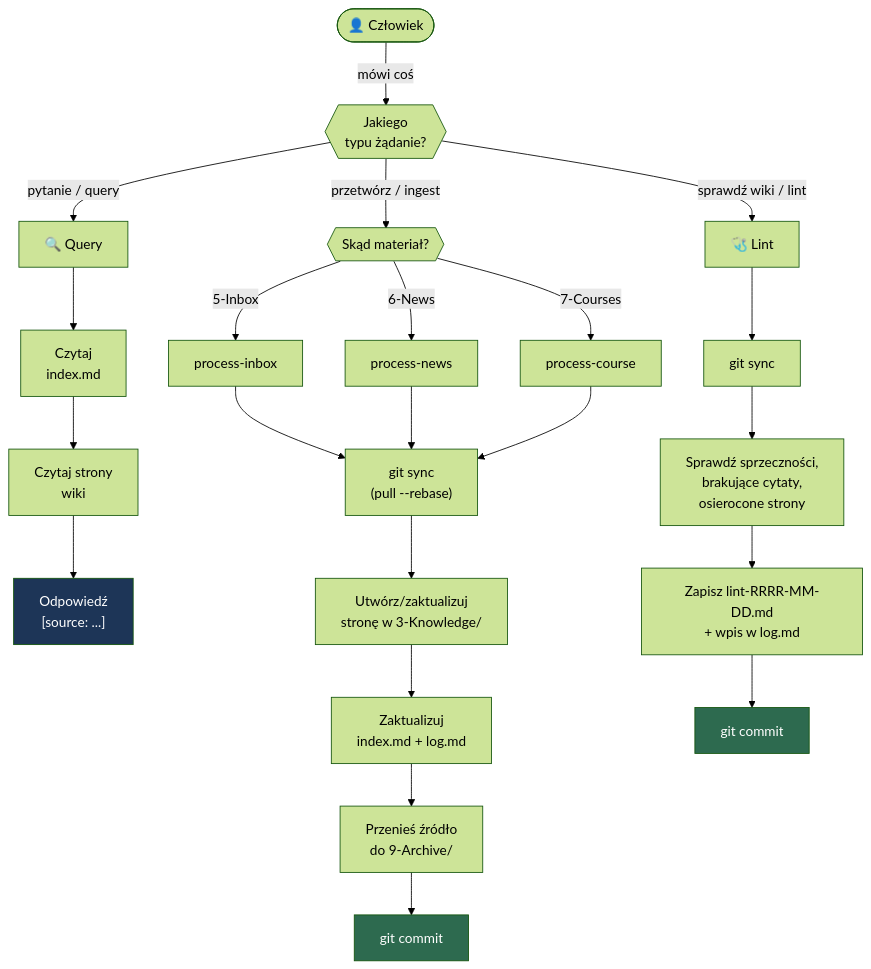
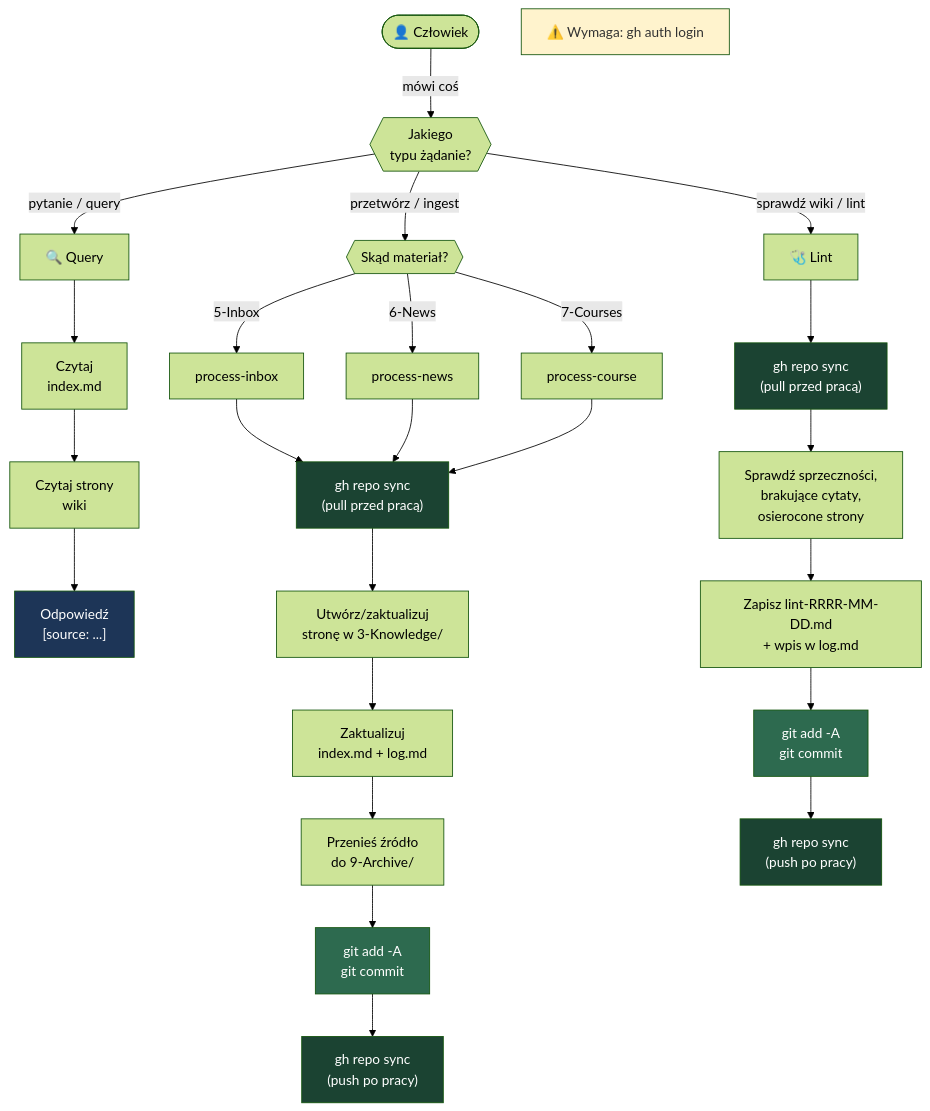
One commit to lukasikgrzegorz/2nd-brain changed the second of 3 diagrams in 0-System/architecture-diagrams.md. Above: the diagram before and after it, drawn with Mermaid (forest theme). The commit also changed other lines of this file and 3 other files, not shown here.

````diff
--- a/0-System/architecture-diagrams.md
+++ b/0-System/architecture-diagrams.md
@@ -37,33 +37,42 @@
 ```mermaid
 flowchart TD
     Human(["👤 Człowiek"])
 
     Human -->|"mówi coś"| Router{{"Jakiego\ntypu żądanie?"}}
 
     Router -->|"pytanie / query"| Q["🔍 Query"]
     Router -->|"przetwórz / ingest"| TypeCheck{{"Skąd materiał?"}}
     Router -->|"sprawdź wiki / lint"| L["🩺 Lint"]
 
     TypeCheck -->|"5-Inbox"| PI["process-inbox"]
     TypeCheck -->|"6-News"| PN["process-news"]
     TypeCheck -->|"7-Courses"| PC["process-course"]
 
     Q --> ReadIdx["Czytaj\nindex.md"]
     ReadIdx --> ReadPages["Czytaj strony\nwiki"]
     ReadPages --> Answer["Odpowiedź\n[source: ...]"]
 
-    PI & PN & PC --> GitSync["git sync\n(pull --rebase)"]
-    GitSync --> ProcessFile["Utwórz/zaktualizuj\nstronę w 3-Knowledge/"]
+    PI & PN & PC --> GhSync["gh repo sync\n(pull przed pracą)"]
+    GhSync --> ProcessFile["Utwórz/zaktualizuj\nstronę w 3-Knowledge/"]
     ProcessFile --> UpdateIdx["Zaktualizuj\nindex.md + log.md"]
-    UpdateIdx --> MoveRaw["Przenieś źródło\ndo 9-Archive/"]
-    MoveRaw --> GitCommit["git commit"]
+    UpdateIdx --> MoveArchive["Przenieś źródło\ndo 9-Archive/"]
+    MoveArchive --> GitCommit["git add -A\ngit commit"]
+    GitCommit --> GhPush["gh repo sync\n(push po pracy)"]
 
-    L --> GitSync2["git sync"]
-    GitSync2 --> CheckWiki["Sprawdź sprzeczności,\nbrakujące cytaty,\nosierocone strony"]
+    L --> GhSync2["gh repo sync\n(pull przed pracą)"]
+    GhSync2 --> CheckWiki["Sprawdź sprzeczności,\nbrakujące cytaty,\nosierocone strony"]
     CheckWiki --> LintReport["Zapisz lint-RRRR-MM-DD.md\n+ wpis w log.md"]
-    LintReport --> GitCommit2["git commit"]
+    LintReport --> GitCommit2["git add -A\ngit commit"]
+    GitCommit2 --> GhPush2["gh repo sync\n(push po pracy)"]
+
+    GhNote["⚠️ Wymaga: gh auth login"]
 
     style GitCommit fill:#2d6a4f,color:#fff
     style GitCommit2 fill:#2d6a4f,color:#fff
+    style GhPush fill:#1b4332,color:#fff
+    style GhPush2 fill:#1b4332,color:#fff
+    style GhSync fill:#1b4332,color:#fff
+    style GhSync2 fill:#1b4332,color:#fff
     style Answer fill:#1d3557,color:#fff
+    style GhNote fill:#fff3cd,color:#333
 ```
````
